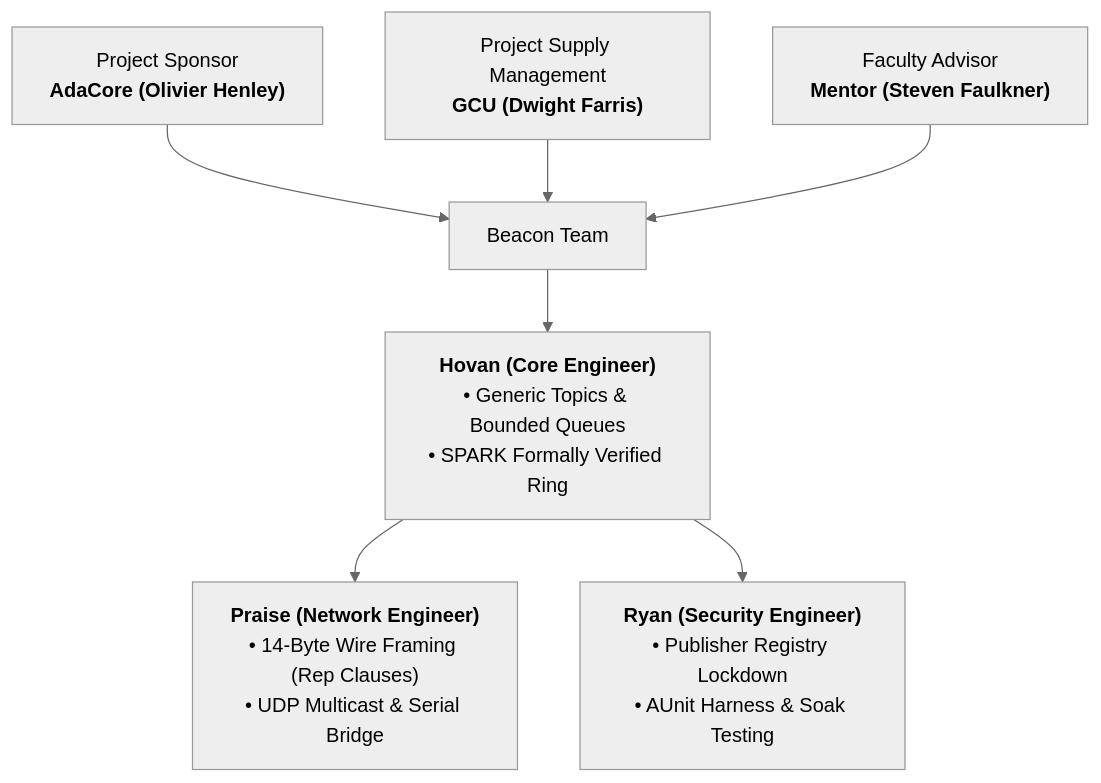
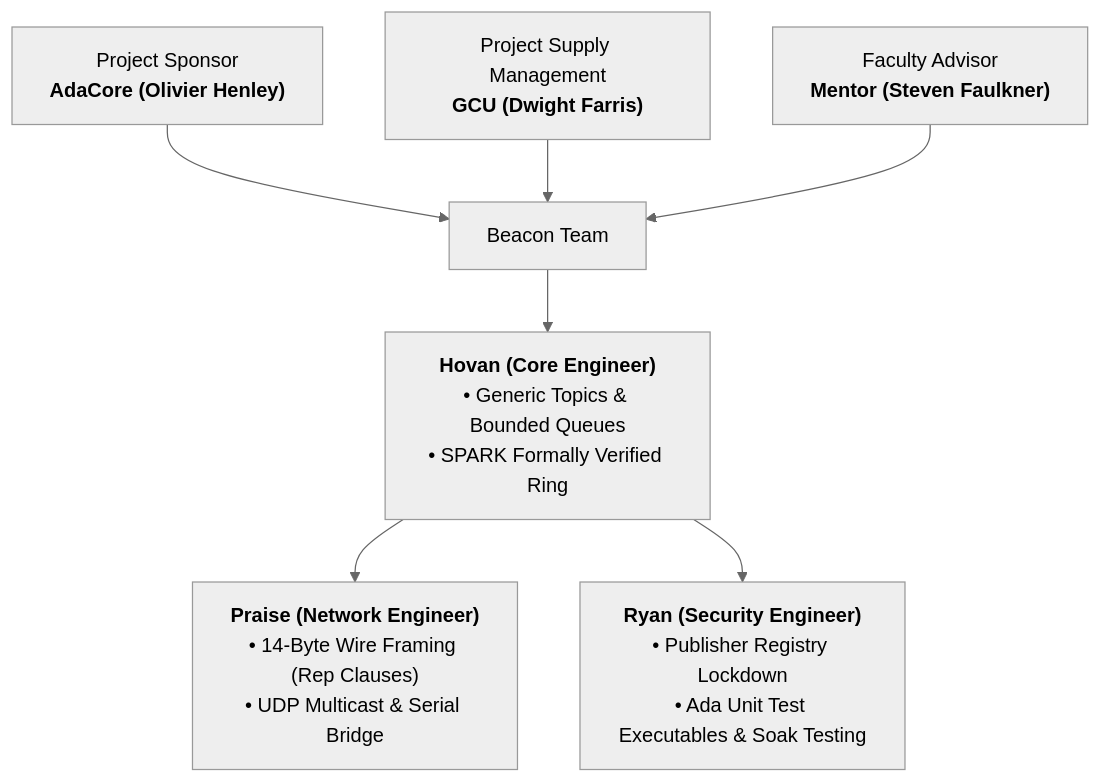
Before and after one commit to H000V/GCU-beacon: the diagram in docs/PRESENTATION_SLIDES.md, drawn with Mermaid (neutral theme). The commit also changed other lines of this file and 10 other files, not shown here.

````diff
--- a/docs/PRESENTATION_SLIDES.md
+++ b/docs/PRESENTATION_SLIDES.md
@@ -64,19 +64,19 @@
 ```mermaid
 flowchart TD
     Sponsor["Project Sponsor<br/><b>AdaCore (Olivier Henley)</b>"]
     Supply["Project Supply Management<br/><b>GCU (Dwight Farris)</b>"]
     Advisor["Faculty Advisor<br/><b>Mentor (Steven Faulkner)</b>"]
 
     TeamNode["Beacon Team"]
     Hovan["<b>Hovan (Core Engineer)</b><br/>• Generic Topics & Bounded Queues<br/>• SPARK Formally Verified Ring"]
     Praise["<b>Praise (Network Engineer)</b><br/>• 14-Byte Wire Framing (Rep Clauses)<br/>• UDP Multicast & Serial Bridge"]
-    Ryan["<b>Ryan (Security Engineer)</b><br/>• Publisher Registry Lockdown<br/>• AUnit Harness & Soak Testing"]
+    Ryan["<b>Ryan (Security Engineer)</b><br/>• Publisher Registry Lockdown<br/>• Ada Unit Test Executables & Soak Testing"]
 
     Sponsor --> TeamNode
     Supply --> TeamNode
     Advisor --> TeamNode
 
     TeamNode --> Hovan
     Hovan --> Praise
     Hovan --> Ryan
 ```
````
